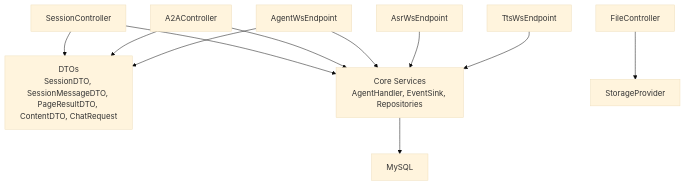
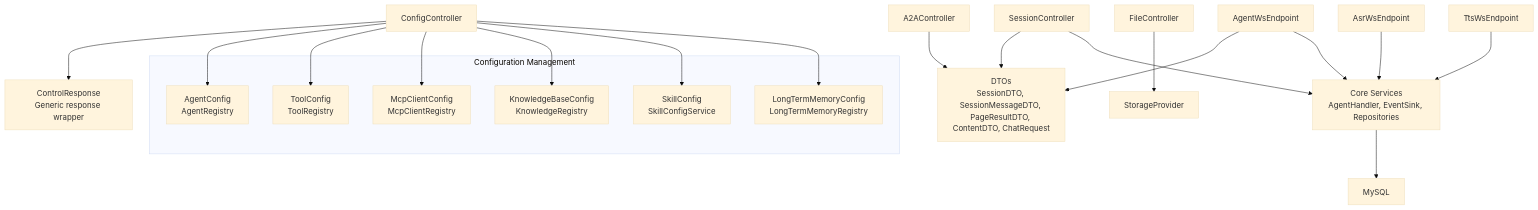
One commit to alibaba/tron-one-agent changed the fifth of 5 diagrams in .qoder/repowiki/en/content/API Reference/API Reference.md. Above: the diagram before and after it, drawn with Mermaid (base theme). The commit also changed other lines of this file and 6 other files, not shown here.

````diff
--- a/.qoder/repowiki/en/content/API Reference/API Reference.md
+++ b/.qoder/repowiki/en/content/API Reference/API Reference.md
@@ -608,23 +923,39 @@
 ```mermaid
 graph TB
 SC["SessionController"]
+CC["ConfigController"]
 AC["A2AController"]
 FC["FileController"]
 WSA["AgentWsEndpoint"]
 WSR["AsrWsEndpoint"]
 WST["TtsWsEndpoint"]
 DTO["DTOs<br/>SessionDTO, SessionMessageDTO, PageResultDTO, ContentDTO, ChatRequest"]
+CTRL["ControlResponse<br/>Generic response wrapper"]
 CORE["Core Services<br/>AgentHandler, EventSink, Repositories"]
 STORE["StorageProvider"]
 DB["MySQL"]
+subgraph "Configuration Management"
+AGENTCFG["AgentConfig<br/>AgentRegistry"]
+TOOLCFG["ToolConfig<br/>ToolRegistry"]
+MCP["McpClientConfig<br/>McpClientRegistry"]
+KB["KnowledgeBaseConfig<br/>KnowledgeRegistry"]
+SKILL["SkillConfig<br/>SkillConfigService"]
+MEMORY["LongTermMemoryConfig<br/>LongTermMemoryRegistry"]
+end
 SC --> DTO
+CC --> CTRL
 AC --> DTO
 FC --> STORE
 SC --> CORE
-AC --> CORE
+CC --> AGENTCFG
+CC --> TOOLCFG
+CC --> MCP
+CC --> KB
+CC --> SKILL
+CC --> MEMORY
 WSA --> DTO
 WSA --> CORE
 WSR --> CORE
 WST --> CORE
 CORE --> DB
 ```
````
